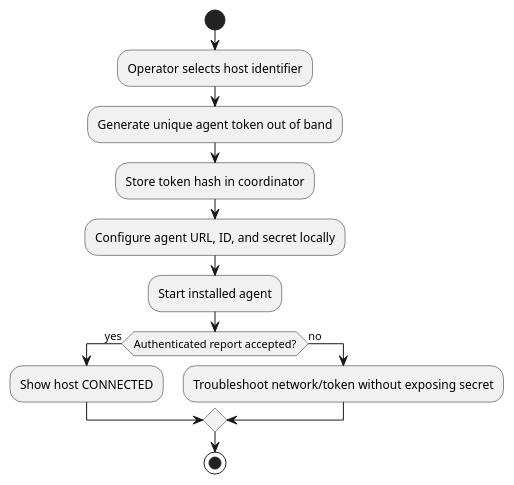
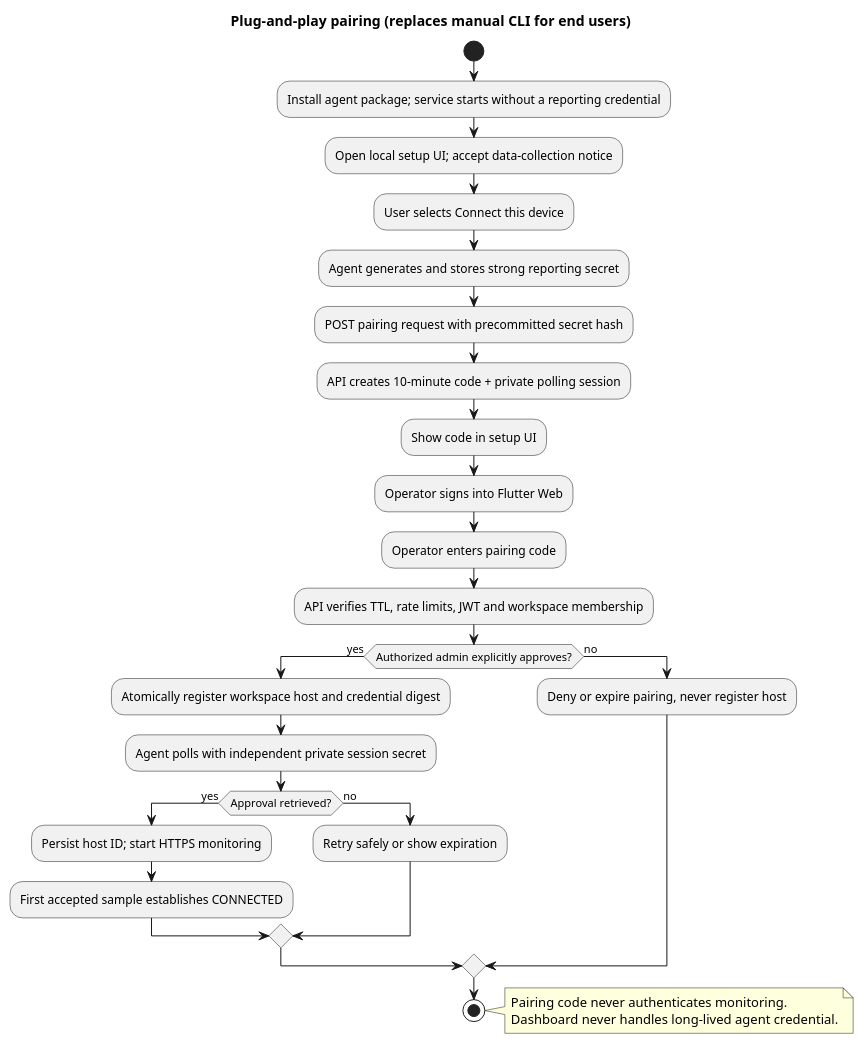
One commit to Adam-BArbia/fleetluma changed the diagram in docs/uml/plantuml/14_activity_provision.puml. Above: the diagram before and after it, drawn with PlantUML.

Commit message:
docs(FL-31): synchronize 14_activity_provision.puml with cloud pairing model

```diff
--- a/docs/uml/plantuml/14_activity_provision.puml
+++ b/docs/uml/plantuml/14_activity_provision.puml
@@ -1,14 +1,31 @@
 @startuml 14_activity_provision
+title Plug-and-play pairing (replaces manual CLI for end users)
 start
-:Operator selects host identifier;
-:Generate unique agent token out of band;
-:Store token hash in coordinator;
-:Configure agent URL, ID, and secret locally;
-:Start installed agent;
-if (Authenticated report accepted?) then (yes)
- :Show host CONNECTED;
+:Install agent package; service starts without a reporting credential;
+:Open local setup UI; accept data-collection notice;
+:User selects Connect this device;
+:Agent generates and stores strong reporting secret;
+:POST pairing request with precommitted secret hash;
+:API creates 10-minute code + private polling session;
+:Show code in setup UI;
+:Operator signs into Flutter Web;
+:Operator enters pairing code;
+:API verifies TTL, rate limits, JWT and workspace membership;
+if (Authorized admin explicitly approves?) then (yes)
+ :Atomically register workspace host and credential digest;
+ :Agent polls with independent private session secret;
+ if (Approval retrieved?) then (yes)
+  :Persist host ID; start HTTPS monitoring;
+  :First accepted sample establishes CONNECTED;
+ else (no)
+  :Retry safely or show expiration;
+ endif
 else (no)
- :Troubleshoot network/token without exposing secret;
+ :Deny or expire pairing, never register host;
 endif
 stop
+note right
+ Pairing code never authenticates monitoring.
+ Dashboard never handles long-lived agent credential.
+end note
 @enduml
```
